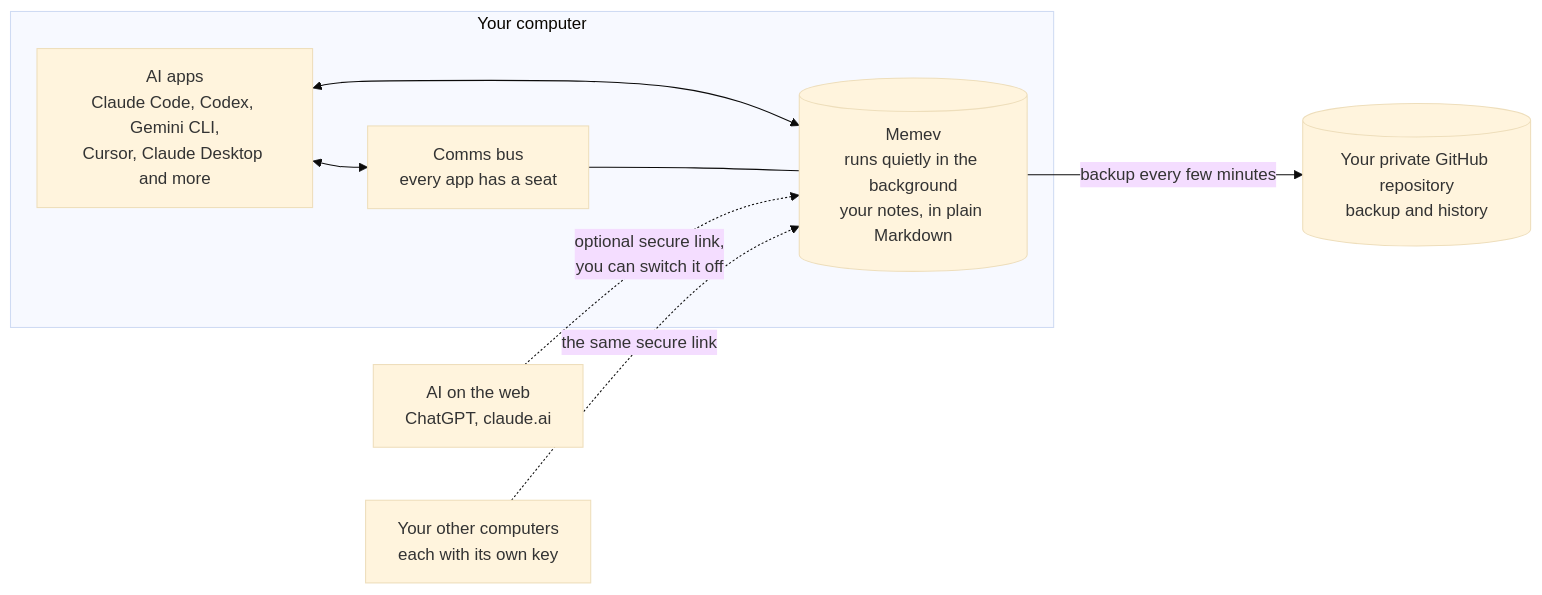
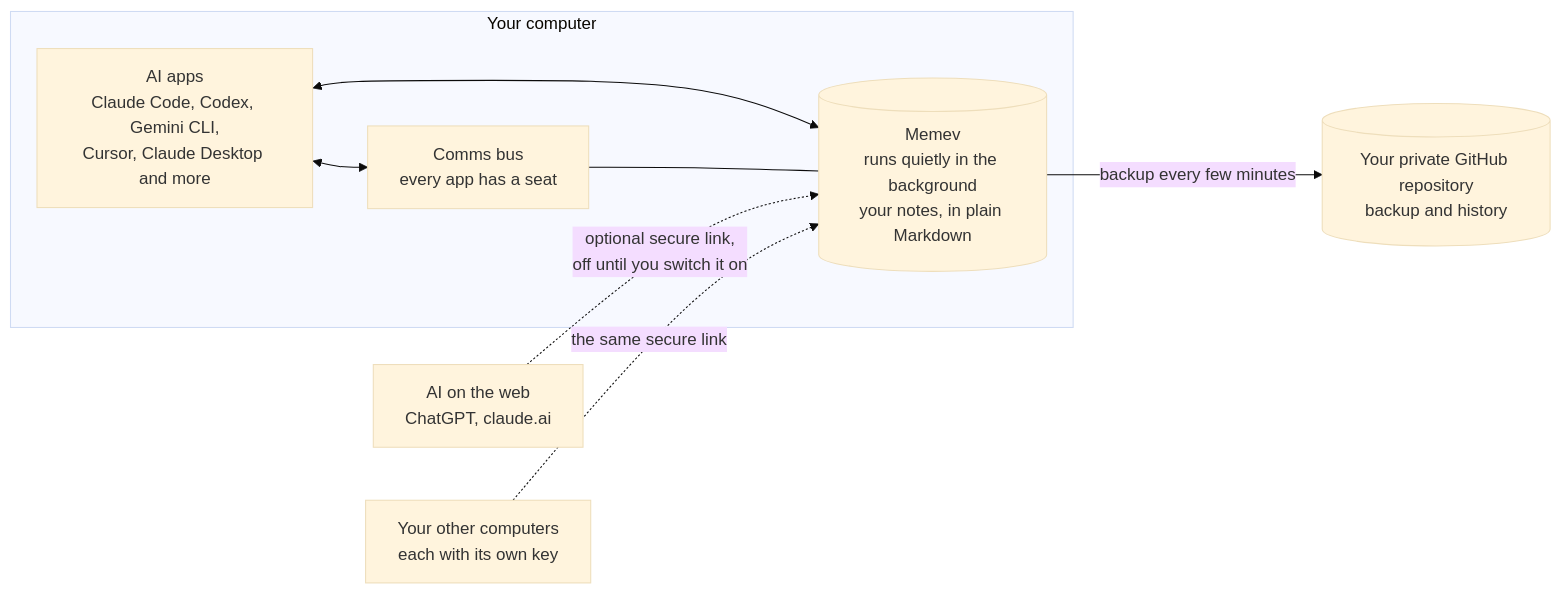
Before and after one commit to mgillr/memev: the first of 2 diagrams in README.md, drawn with Mermaid (base theme). The commit also changed other lines of this file and 7 other files, not shown here.

First line of the commit message:
Turn cloud access off by default and offer it once at init

````diff
--- a/README.md
+++ b/README.md
@@ -13,17 +13,17 @@
 ```mermaid
 flowchart LR
     subgraph computer["Your computer"]
         apps["AI apps<br/>Claude Code, Codex, Gemini CLI,<br/>Cursor, Claude Desktop and more"]
         vault[("Memev<br/>runs quietly in the background<br/>your notes, in plain Markdown")]
         bus["Comms bus<br/>every app has a seat"]
         apps <--> vault
         apps <--> bus
         bus --- vault
     end
     github[("Your private GitHub repository<br/>backup and history")]
     cloud["AI on the web<br/>ChatGPT, claude.ai"]
     laptop["Your other computers<br/>each with its own key"]
     vault -- "backup every few minutes" --> github
-    cloud -. "optional secure link,<br/>you can switch it off" .-> vault
+    cloud -. "optional secure link,<br/>off until you switch it on" .-> vault
     laptop -. "the same secure link" .-> vault
 ```
````
